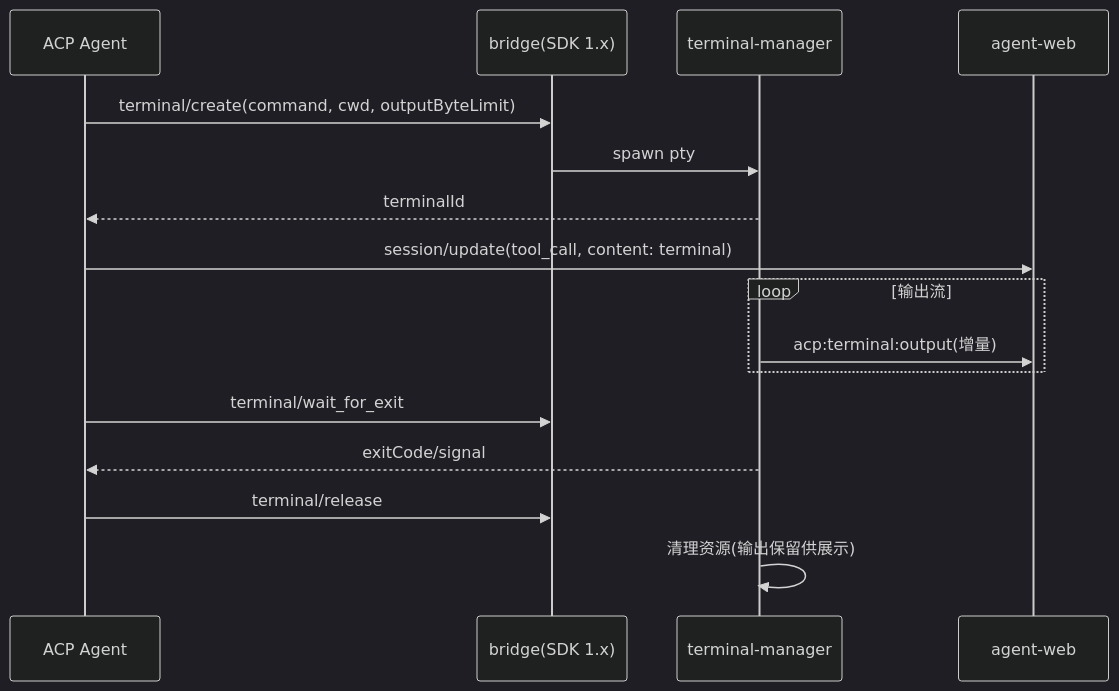
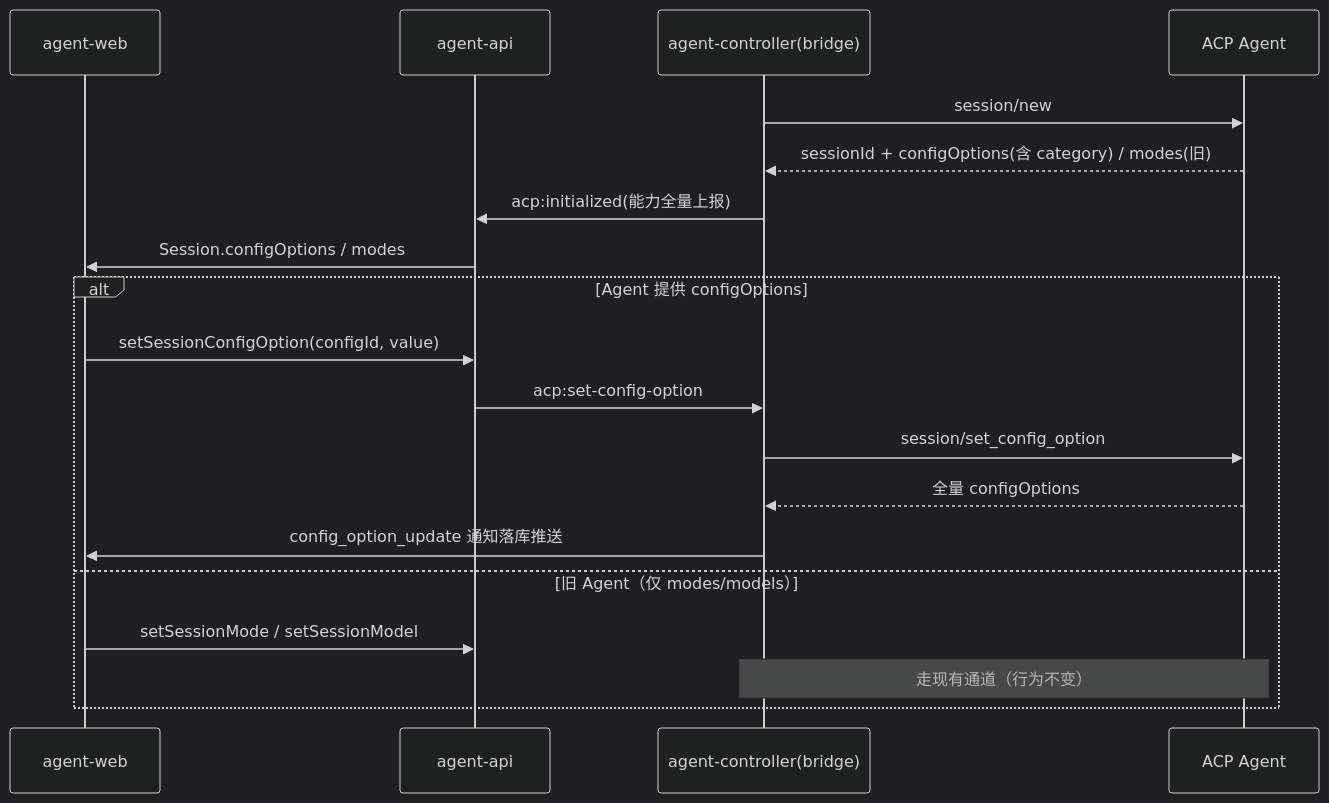
One commit to Deliay/z-agent-gear changed the second of 3 diagrams in docs/engineering/proposals/20260803-feat-acp-v1-completion.md. Above: the diagram before and after it, drawn with Mermaid (dark theme). The commit also changed other lines of this file and 1 other file, not shown here.

First line of the commit message:
docs(prd): revise ACP v1 completion docs per review (v1.1)

````diff
--- a/docs/engineering/proposals/20260803-feat-acp-v1-completion.md
+++ b/docs/engineering/proposals/20260803-feat-acp-v1-completion.md
@@ -147,19 +153,22 @@
 ```mermaid
 sequenceDiagram
+    participant FE as agent-web
+    participant API as agent-api
+    participant CTL as agent-controller(bridge)
     participant AG as ACP Agent
-    participant BR as bridge(SDK 1.x)
-    participant TM as terminal-manager
-    participant FE as agent-web
 
-    AG->>BR: terminal/create(command, cwd, outputByteLimit)
-    BR->>TM: spawn pty
-    TM-->>AG: terminalId
-    AG->>FE: session/update(tool_call, content: terminal)
-    loop 输出流
-        TM->>FE: acp:terminal:output(增量)
+    CTL->>AG: session/new
+    AG-->>CTL: sessionId + configOptions(含 category) / modes(旧)
+    CTL->>API: acp:initialized(能力全量上报)
+    API->>FE: Session.configOptions / modes
+    alt Agent 提供 configOptions
+        FE->>API: setSessionConfigOption(configId, value)
+        API->>CTL: acp:set-config-option
+        CTL->>AG: session/set_config_option
+        AG-->>CTL: 全量 configOptions
+        CTL->>FE: config_option_update 通知落库推送
+    else 旧 Agent（仅 modes/models）
+        FE->>API: setSessionMode / setSessionModel
+        Note over CTL,AG: 走现有通道（行为不变）
     end
-    AG->>BR: terminal/wait_for_exit
-    TM-->>AG: exitCode/signal
-    AG->>BR: terminal/release
-    TM->>TM: 清理资源(输出保留供展示)
 ```
````
